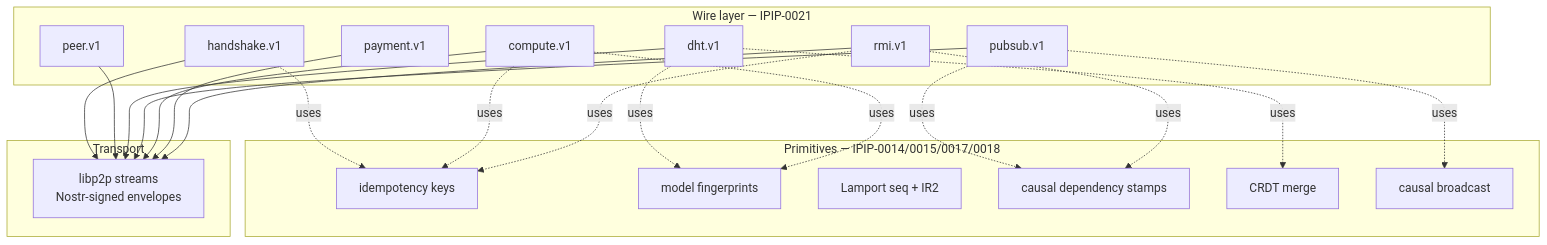
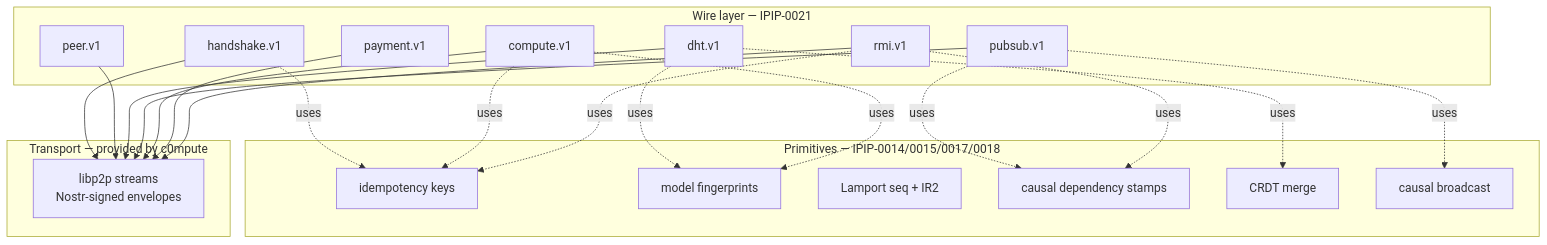
Before and after one commit to profullstack/infernet-protocol: the third of 4 diagrams in protocol/docs/architecture.md, drawn with Mermaid. The commit also changed other lines of this file and 11 other files, not shown here.

````diff
--- a/protocol/docs/architecture.md
+++ b/protocol/docs/architecture.md
@@ -72,43 +82,43 @@
 ```mermaid
 flowchart TD
     subgraph Wire[Wire layer — IPIP-0021]
         H[handshake.v1]
         P[peer.v1]
         D[dht.v1]
         PS[pubsub.v1]
         C[compute.v1]
         PAY[payment.v1]
         R[rmi.v1]
     end
 
     subgraph Primitives[Primitives — IPIP-0014/0015/0017/0018]
         IDM[idempotency keys]
         FP[model fingerprints]
         LMP[Lamport seq + IR2]
         CDP[causal dependency stamps]
         CRDT[CRDT merge]
         CB[causal broadcast]
     end
 
-    subgraph Transport[Transport]
+    subgraph Transport[Transport — provided by c0mpute]
         LP[libp2p streams<br/>Nostr-signed envelopes]
     end
 
     H --> LP
     P --> LP
     D --> LP
     PS --> LP
     C --> LP
     PAY --> LP
     R --> LP
 
     H -.uses.-> IDM
     C -.uses.-> IDM
     R -.uses.-> IDM
     D -.uses.-> FP
     C -.uses.-> FP
     PS -.uses.-> CB
     PS -.uses.-> CDP
     R -.uses.-> CDP
     D -.uses.-> CRDT
 ```
````
